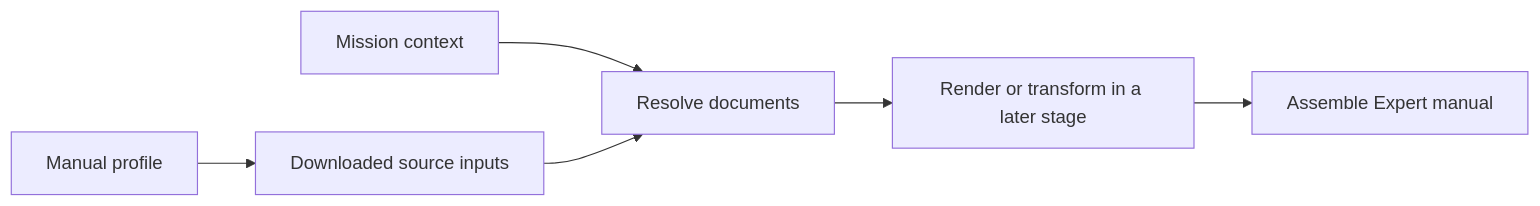
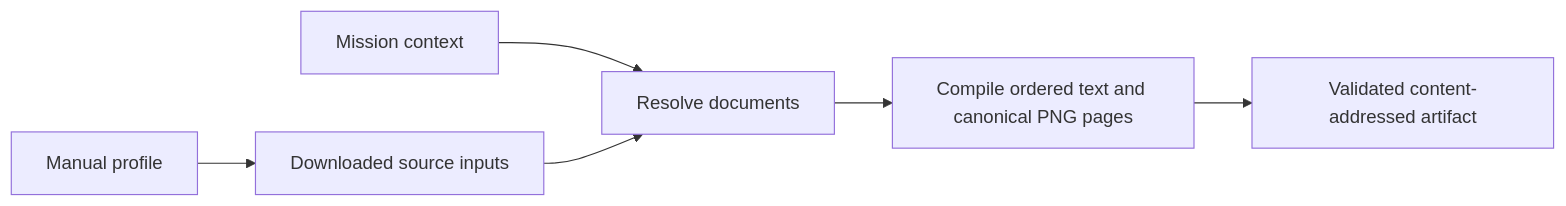
Before and after one commit to GPTNT/gptnt: the second of 2 diagrams in docs/manuals.md, drawn with Mermaid. The commit also changed other lines of this file and 10 other files, not shown here.

Commit message:
feat(manual): compile and cache model artifacts

````diff
--- a/docs/manuals.md
+++ b/docs/manuals.md
@@ -226,8 +234,8 @@
 ```mermaid
 graph LR
   P[Manual profile] --> D[Downloaded source inputs]
   M[Mission context] --> R[Resolve documents]
   D --> R
-  R --> S[Render or transform in a later stage]
-  S --> A[Assemble Expert manual]
+  R --> C[Compile ordered text and canonical PNG pages]
+  C --> A[Validated content-addressed artifact]
 ```
````
